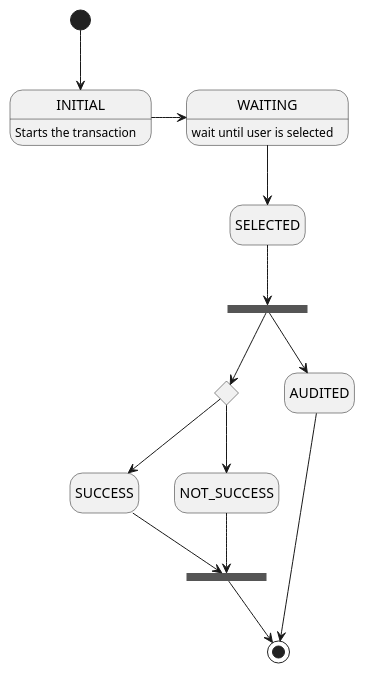
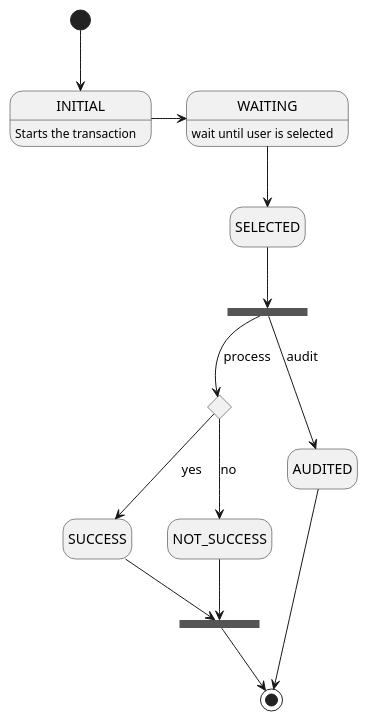
Before and after one commit to eromero-kreatech/clean-code: the diagram in design/what/state.puml, drawn with PlantUML. The commit also changed 23 other files, not shown here.

```diff
--- a/design/what/state.puml
+++ b/design/what/state.puml
@@ -1,24 +1,24 @@
 @startuml state machine
 
 hide empty description
 [*] --> INITIAL
 INITIAL: Starts the transaction
 INITIAL -> WAITING
 WAITING: wait until user is selected
 WAITING --> SELECTED
 state async <<fork>>
-state isSuccess <<choice>>
+state isSuccess <<choice>> 
 
 SELECTED --> async
-async --> isSuccess
-async --> AUDITED
+async --> isSuccess : process
+async --> AUDITED : audit
 AUDITED ---> [*]
-isSuccess --> SUCCESS
-isSuccess --> NOT_SUCCESS
+isSuccess --> SUCCESS : yes
+isSuccess --> NOT_SUCCESS: no
 
 state endAsync <<fork>>
 SUCCESS --> endAsync
 NOT_SUCCESS --> endAsync
 endAsync --> [*]
 
 @enduml
```
